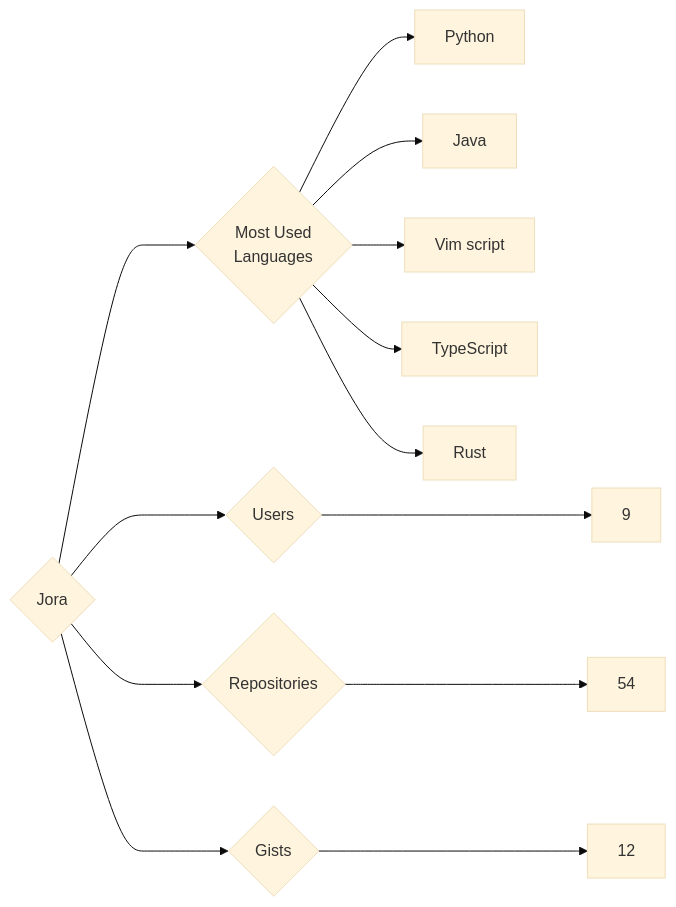
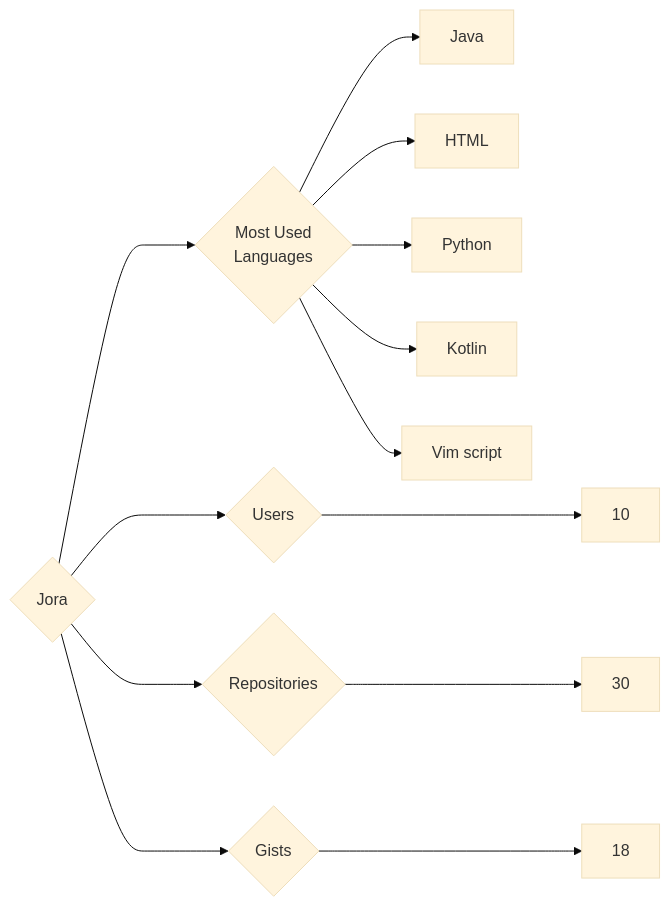
One commit to trickest/insiders changed the diagram in targets/Jora/README.md. Above: the diagram before and after it, drawn with Mermaid (base theme). The commit also changed 895 other files, not shown here.

````diff
--- a/targets/Jora/README.md
+++ b/targets/Jora/README.md
@@ -3,13 +3,13 @@
 ```mermaid
 graph LR
 COMPANY_NAME{Jora}
-COMPANY_NAME ---> U{Users} ---> UN[9]
-COMPANY_NAME ---> R{Repositories} ---> RN[54]
-COMPANY_NAME ---> G{Gists} ---> GN[12]
+COMPANY_NAME ---> U{Users} ---> UN[10]
+COMPANY_NAME ---> R{Repositories} ---> RN[30]
+COMPANY_NAME ---> G{Gists} ---> GN[18]
 COMPANY_NAME ---> ML{Most Used<br>Languages}
+ML --> Java[Java]
+ML --> HTML[HTML]
 ML --> Python[Python]
-ML --> Java[Java]
+ML --> Kotlin[Kotlin]
 ML --> Vim_script[Vim script]
-ML --> TypeScript[TypeScript]
-ML --> Rust[Rust]
 ```
````
